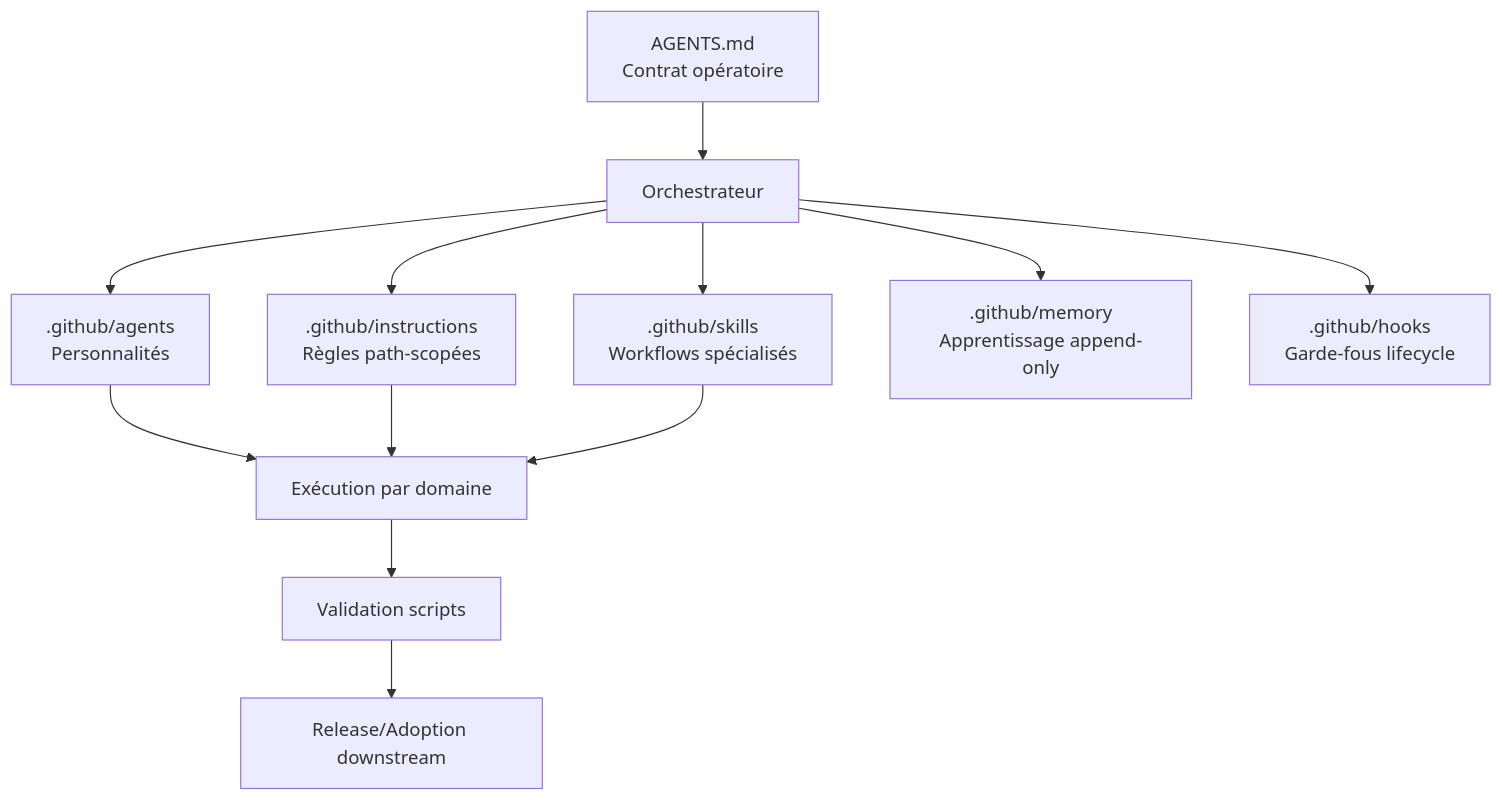
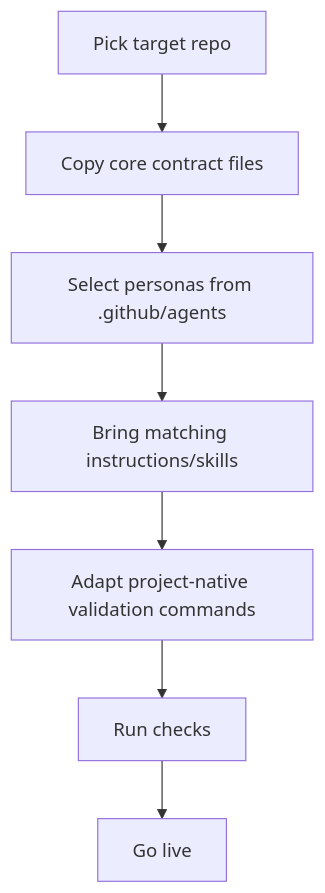
The second of 2 diagrams in README.md (NAYTOUX/Copilot-AI-Agent), drawn with Mermaid before and after one commit. The commit also changed other lines of this file and 6 other files, not shown here.

````diff
--- a/README.md
+++ b/README.md
@@ -38,14 +102,9 @@
 ```mermaid
 flowchart TD
-    A[AGENTS.md<br/>Contrat opératoire] --> B[Orchestrateur]
-    B --> C[.github/agents<br/>Personnalités]
-    B --> D[.github/instructions<br/>Règles path-scopées]
-    B --> E[.github/skills<br/>Workflows spécialisés]
-    B --> F[.github/memory<br/>Apprentissage append-only]
-    B --> G[.github/hooks<br/>Garde-fous lifecycle]
-    C --> H[Exécution par domaine]
-    D --> H
-    E --> H
-    H --> I[Validation scripts]
-    I --> J[Release/Adoption downstream]
+    A[Pick target repo] --> B[Copy core contract files]
+    B --> C[Select personas from .github/agents]
+    C --> D[Bring matching instructions/skills]
+    D --> E[Adapt project-native validation commands]
+    E --> F[Run checks]
+    F --> G[Go live]
 ```
````
